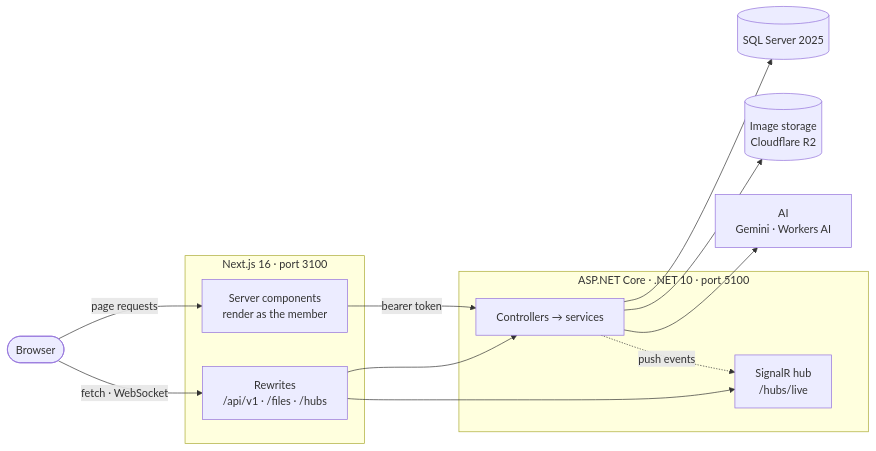
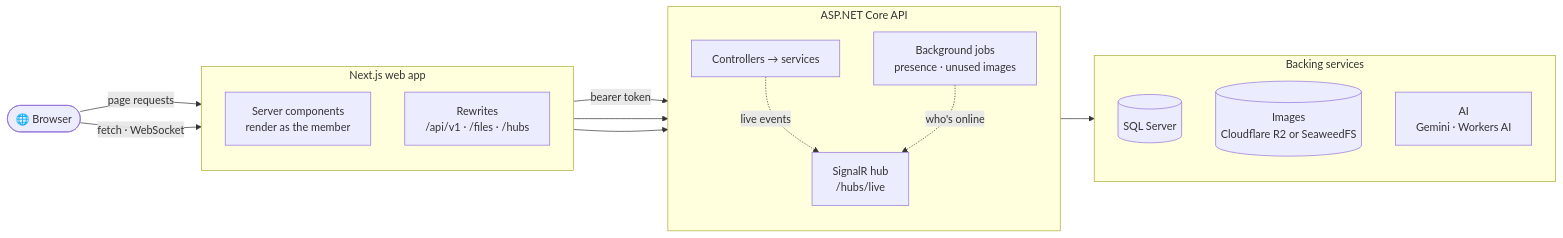
The first of 4 diagrams in README.md (tomyRomero/sparks), drawn with Mermaid before and after one commit. The commit also changed other lines of this file and 12 other files, not shown here.

First line of the commit message:
docs: rewrite the README with screenshots and current diagrams

````diff
--- a/README.md
+++ b/README.md
@@ -22,28 +84,33 @@
 ```mermaid
 flowchart LR
-    browser([Browser])
+    Browser(["🌐 Browser"])
 
-    subgraph web["Next.js 16 · port 3100"]
-        pages["Server components<br/>render as the member"]
-        rewrites["Rewrites<br/>/api/v1 · /files · /hubs"]
+    subgraph Web["Next.js web app"]
+        direction TB
+        Pages["Server components<br/>render as the member"]
+        Rewrites["Rewrites<br/>/api/v1 · /files · /hubs"]
     end
 
-    subgraph api["ASP.NET Core · .NET 10 · port 5100"]
-        controllers["Controllers → services"]
-        hub["SignalR hub<br/>/hubs/live"]
+    subgraph Api["ASP.NET Core API"]
+        direction TB
+        Controllers["Controllers → services"]
+        Hub["SignalR hub<br/>/hubs/live"]
+        Jobs["Background jobs<br/>presence · unused images"]
     end
 
-    sql[("SQL Server 2025")]
-    storage[("Image storage<br/>Cloudflare R2")]
-    ai["AI<br/>Gemini · Workers AI"]
+    subgraph Backing["Backing services"]
+        direction TB
+        DB[("SQL Server")]
+        Images[("Images<br/>Cloudflare R2 or SeaweedFS")]
+        AI["AI<br/>Gemini · Workers AI"]
+    end
 
-    browser -->|page requests| pages
-    browser -->|fetch · WebSocket| rewrites
-    pages -->|bearer token| controllers
-    rewrites --> controllers
-    rewrites --> hub
-    controllers --> sql
-    controllers --> storage
-    controllers --> ai
-    controllers -.->|push events| hub
+    Browser -->|page requests| Pages
+    Browser -->|fetch · WebSocket| Rewrites
+    Pages -->|bearer token| Controllers
+    Rewrites --> Controllers
+    Rewrites --> Hub
+    Controllers -.->|live events| Hub
+    Jobs -.->|who's online| Hub
+    Api --> Backing
 ```
````
